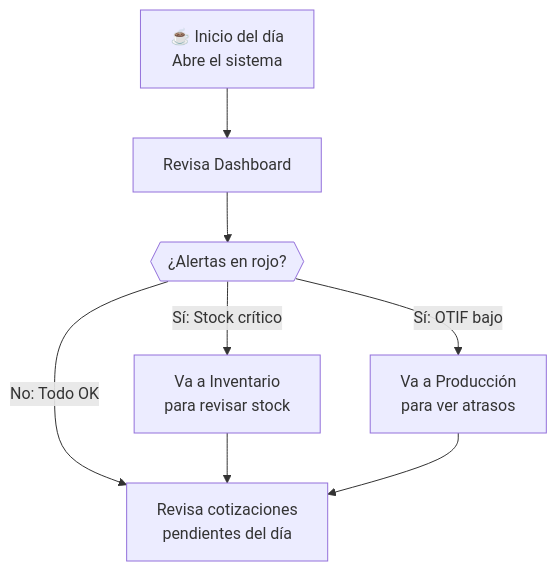
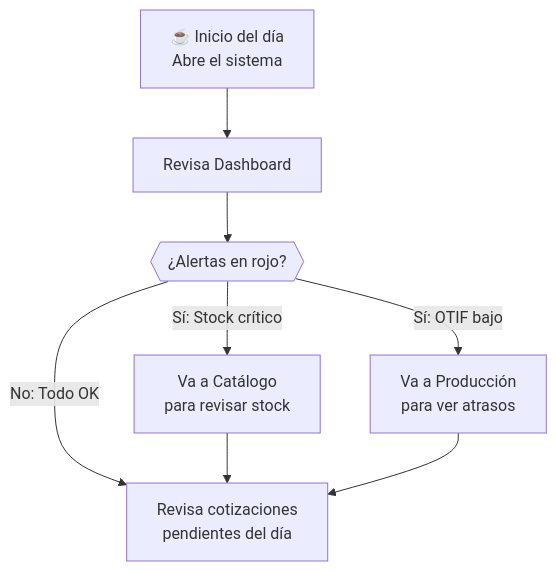
One commit to redentor159/sistema-erp-inventario changed the second of 2 diagrams in public/docs/tutoriales/T01_TUTORIAL_DASHBOARD.md. Above: the diagram before and after it, drawn with Mermaid. The commit also changed other lines of this file and 18 other files, not shown here.

````diff
--- a/public/docs/tutoriales/T01_TUTORIAL_DASHBOARD.md
+++ b/public/docs/tutoriales/T01_TUTORIAL_DASHBOARD.md
@@ -160,10 +160,10 @@
 ```mermaid
 flowchart TD
     A["☕ Inicio del día\nAbre el sistema"] --> B["Revisa Dashboard"]
     B --> C{{"¿Alertas en rojo?"}}
-    C -->|Sí: Stock crítico| D["Va a Inventario\npara revisar stock"]
+    C -->|Sí: Stock crítico| D["Va a Catálogo\npara revisar stock"]
     C -->|Sí: OTIF bajo| E["Va a Producción\npara ver atrasos"]
     C -->|No: Todo OK| F["Revisa cotizaciones\npendientes del día"]
     D --> F
     E --> F
 ```
````
